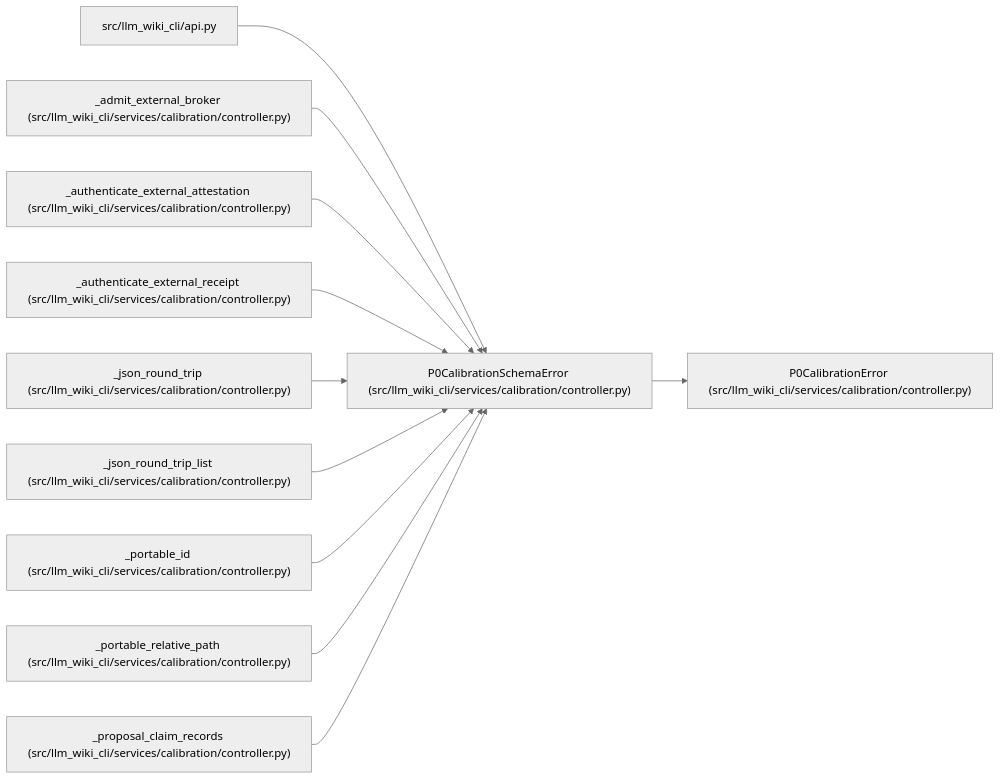
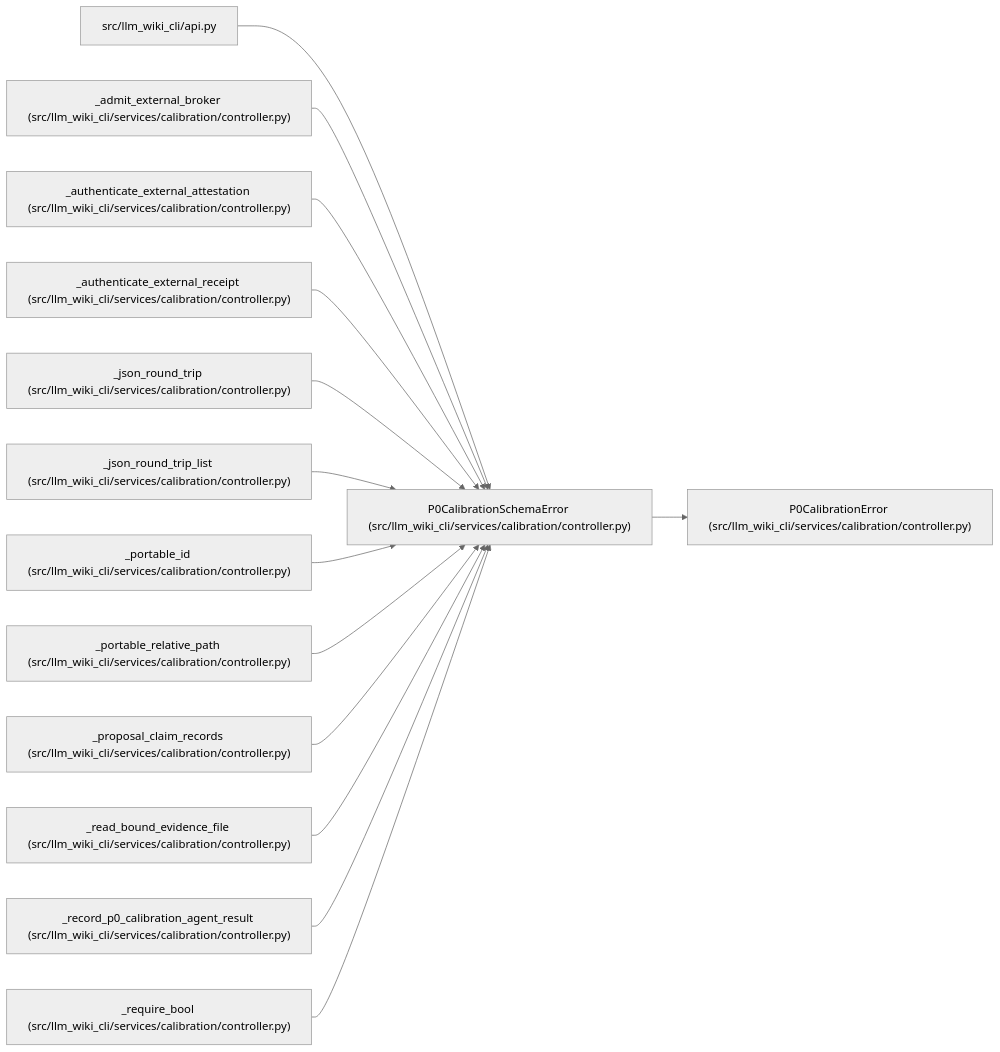
One commit to Denissvgn/python-wiki-llm changed the diagram in docs/llm_wiki/entities/P0CalibrationSchemaError.md. Above: the diagram before and after it, drawn with Mermaid (neutral theme). The commit also changed other lines of this file and 493 other files, not shown here.

````diff
--- a/docs/llm_wiki/entities/P0CalibrationSchemaError.md
+++ b/docs/llm_wiki/entities/P0CalibrationSchemaError.md
@@ -23,35 +23,44 @@
 ```mermaid
 flowchart LR
     n0["P0CalibrationSchemaError (src/llm_wiki_cli/services/calibration/controller.py)"]
     n1["P0CalibrationError (src/llm_wiki_cli/services/calibration/controller.py)"]
     n2["src/llm_wiki_cli/api.py"]
     n3["_admit_external_broker (src/llm_wiki_cli/services/calibration/controller.py)"]
     n4["_authenticate_external_attestation (src/llm_wiki_cli/services/calibration/controller.py)"]
     n5["_authenticate_external_receipt (src/llm_wiki_cli/services/calibration/controller.py)"]
     n6["_json_round_trip (src/llm_wiki_cli/services/calibration/controller.py)"]
     n7["_json_round_trip_list (src/llm_wiki_cli/services/calibration/controller.py)"]
     n8["_portable_id (src/llm_wiki_cli/services/calibration/controller.py)"]
     n9["_portable_relative_path (src/llm_wiki_cli/services/calibration/controller.py)"]
     n10["_proposal_claim_records (src/llm_wiki_cli/services/calibration/controller.py)"]
+    n11["_read_bound_evidence_file (src/llm_wiki_cli/services/calibration/controller.py)"]
+    n12["_record_p0_calibration_agent_result (src/llm_wiki_cli/services/calibration/controller.py)"]
+    n13["_require_bool (src/llm_wiki_cli/services/calibration/controller.py)"]
     n0 --> n1
     n2 --> n0
     n3 --> n0
     n4 --> n0
     n5 --> n0
     n6 --> n0
     n7 --> n0
     n8 --> n0
     n9 --> n0
     n10 --> n0
+    n11 --> n0
+    n12 --> n0
+    n13 --> n0
     click n0 "../modules/controller.md"
     click n1 "../modules/controller.md"
     click n2 "../modules/api.md"
     click n3 "../modules/controller.md"
     click n4 "../modules/controller.md"
     click n5 "../modules/controller.md"
     click n6 "../modules/controller.md"
     click n7 "../modules/controller.md"
     click n8 "../modules/controller.md"
     click n9 "../modules/controller.md"
     click n10 "../modules/controller.md"
+    click n11 "../modules/controller.md"
+    click n12 "../modules/controller.md"
+    click n13 "../modules/controller.md"
 ```
````
